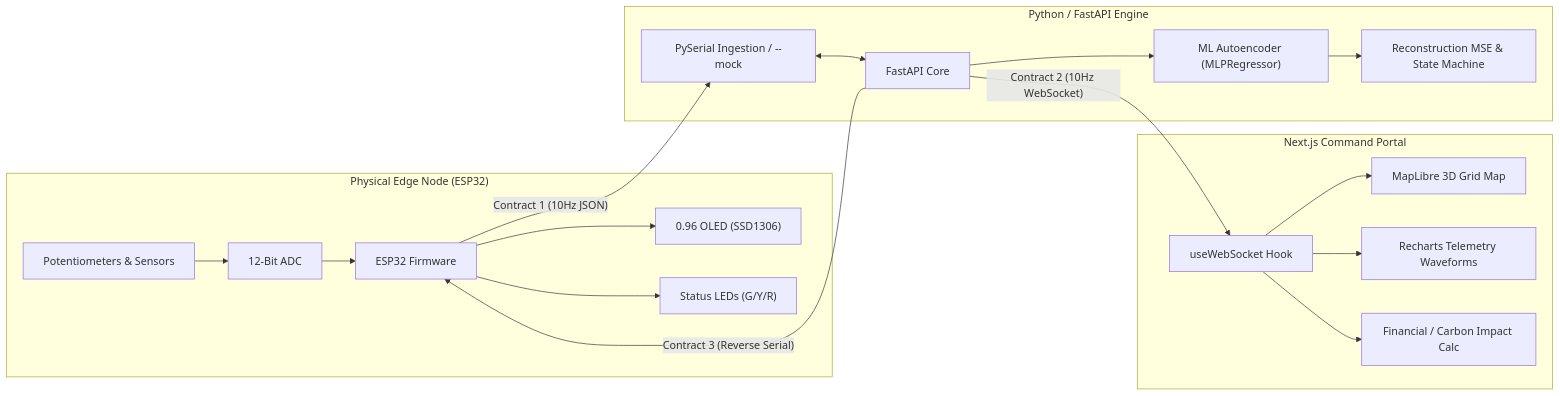
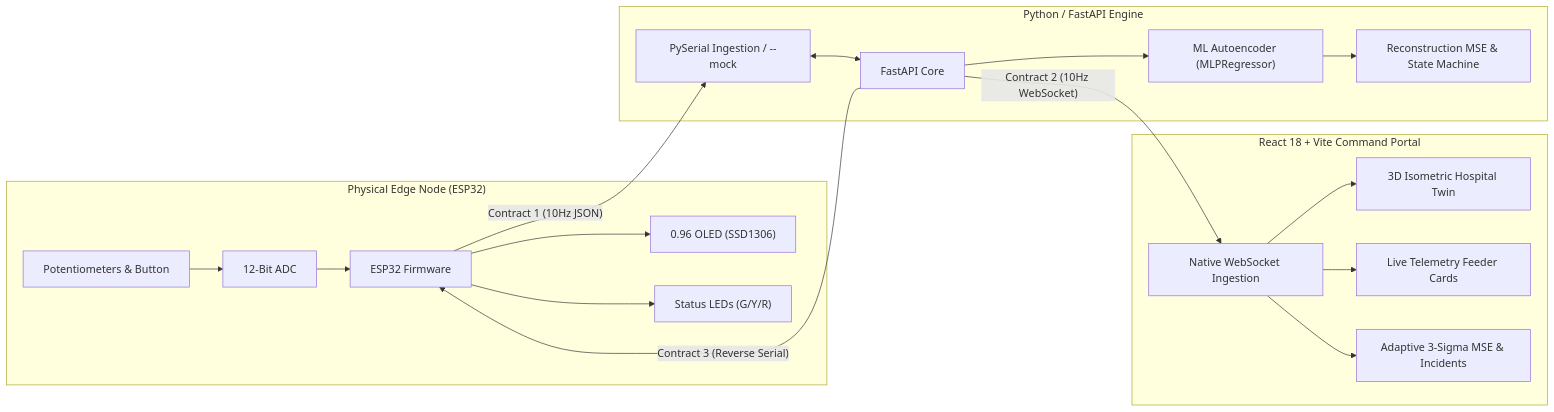
The diagram in Guide/requirements.md (southside-devs/GrydAI), drawn with Mermaid before and after one commit. The commit also changed other lines of this file and 6 other files, not shown here.

Commit message:
docs: create comprehensive README and sync all architecture and guide specifications

````diff
--- a/Guide/requirements.md
+++ b/Guide/requirements.md
@@ -23,25 +23,25 @@
 ```mermaid
 flowchart LR
     subgraph Hardware ["Physical Edge Node (ESP32)"]
-        Sensors["Potentiometers & Sensors"] --> ADC["12-Bit ADC"]
+        Sensors["Potentiometers & Button"] --> ADC["12-Bit ADC"]
         ADC --> FW["ESP32 Firmware"]
         FW --> OLED["0.96 OLED (SSD1306)"]
         FW --> LEDs["Status LEDs (G/Y/R)"]
     end
 
     subgraph Backend ["Python / FastAPI Engine"]
         SR["PySerial Ingestion / --mock"] <--> BE["FastAPI Core"]
         BE --> ML["ML Autoencoder (MLPRegressor)"]
         ML --> AI_Score["Reconstruction MSE & State Machine"]
     end
 
-    subgraph Frontend ["Next.js Command Portal"]
-        WS_Hook["useWebSocket Hook"] --> Map["MapLibre 3D Grid Map"]
-        WS_Hook --> Charts["Recharts Telemetry Waveforms"]
-        WS_Hook --> Impact["Financial / Carbon Impact Calc"]
+    subgraph Frontend ["React 18 + Vite Command Portal"]
+        WS_Hook["Native WebSocket Ingestion"] --> Twin["3D Isometric Hospital Twin"]
+        WS_Hook --> Cards["Live Telemetry Feeder Cards"]
+        WS_Hook --> Analytics["Adaptive 3-Sigma MSE & Incidents"]
     end
 
     FW -- "Contract 1 (10Hz JSON)" --> SR
     BE -- "Contract 3 (Reverse Serial)" --> FW
     BE -- "Contract 2 (10Hz WebSocket)" --> WS_Hook
 ```
````
